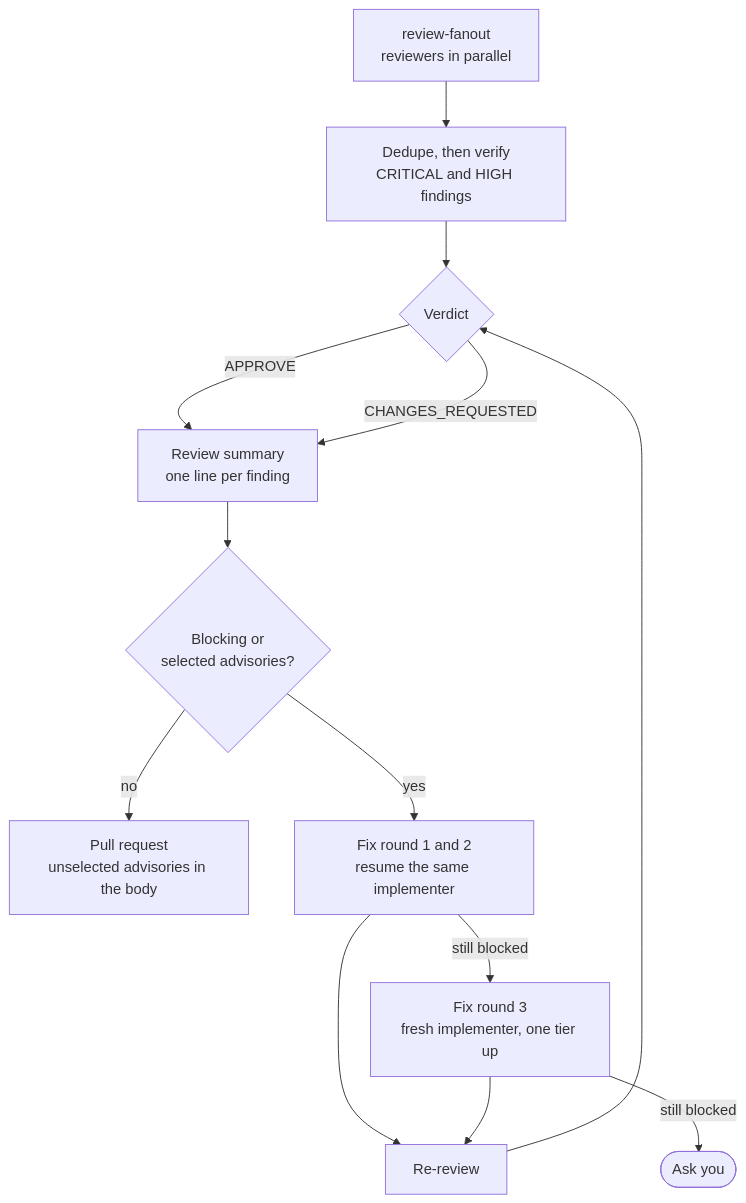
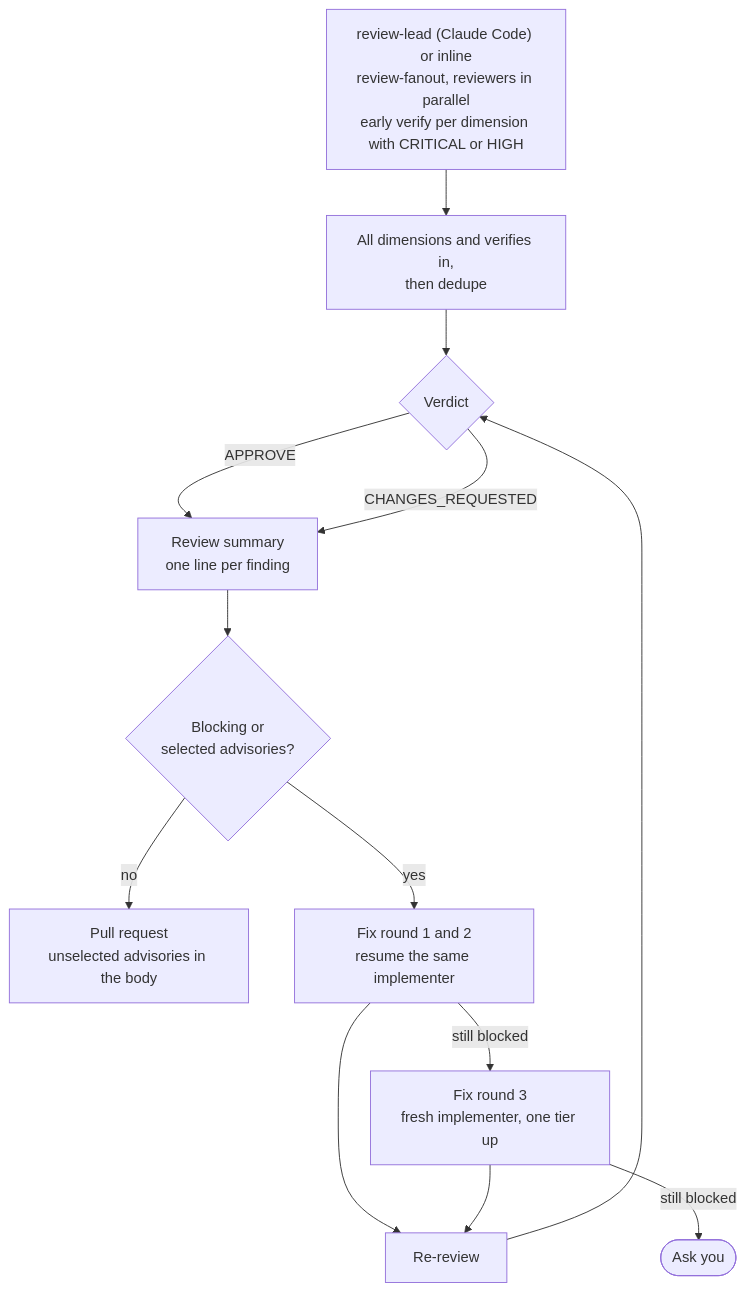
One commit to GravionLabs/apm-hub changed the sixth of 11 diagrams in docs/orchestrator.md. Above: the diagram before and after it, drawn with Mermaid. The commit also changed other lines of this file and 215 other files, not shown here.

````diff
--- a/docs/orchestrator.md
+++ b/docs/orchestrator.md
@@ -160,15 +179,15 @@
 ```mermaid
 flowchart TD
-    A["review-fanout<br/>reviewers in parallel"] --> B["Dedupe, then verify<br/>CRITICAL and HIGH findings"]
+    A["review-lead (Claude Code) or inline<br/>review-fanout, reviewers in parallel<br/>early verify per dimension with CRITICAL or HIGH"] --> B["All dimensions and verifies in,<br/>then dedupe"]
     B --> C{"Verdict"}
     C -->|"APPROVE"| D["Review summary<br/>one line per finding"]
     C -->|"CHANGES_REQUESTED"| D
     D --> E{"Blocking or<br/>selected advisories?"}
     E -->|"no"| PR["Pull request<br/>unselected advisories in the body"]
     E -->|"yes"| F["Fix round 1 and 2<br/>resume the same implementer"]
     F --> G["Re-review"]
     G --> C
     F -->|"still blocked"| H["Fix round 3<br/>fresh implementer, one tier up"]
     H --> G
     H -->|"still blocked"| Q(["Ask you"])
 ```
````
